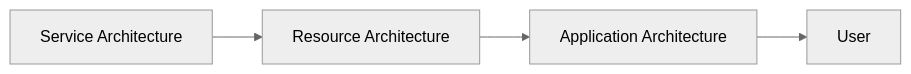
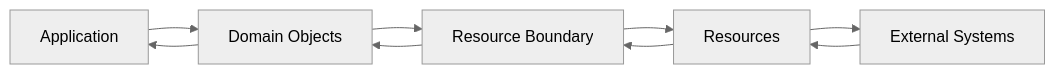
Before and after one commit to kjvonly/kjvonly.bible: the first of 2 diagrams in docs/PROJECT_CONTEXT.md, drawn with Mermaid (neutral theme). The commit also changed other lines of this file, not shown here.

````diff
--- a/docs/PROJECT_CONTEXT.md
+++ b/docs/PROJECT_CONTEXT.md
@@ -331,17 +268,29 @@
 ```mermaid
 flowchart LR
 
-    Services["Service Architecture"]
+    Application["Application"]
 
-    Resources["Resource Architecture"]
+    Domain["Domain Objects"]
 
-    Application["Application Architecture"]
+    Boundary["Resource Boundary"]
 
-    User["User"]
+    Resource["Resources"]
 
-    Services --> Resources
+    External["External Systems"]
 
-    Resources --> Application
+    Application --> Domain
 
-    Application --> User
+    Domain --> Boundary
+
+    Boundary --> Resource
+
+    Resource --> External
+
+    External --> Resource
+
+    Resource --> Boundary
+
+    Boundary --> Domain
+
+    Domain --> Application
 ```
````
